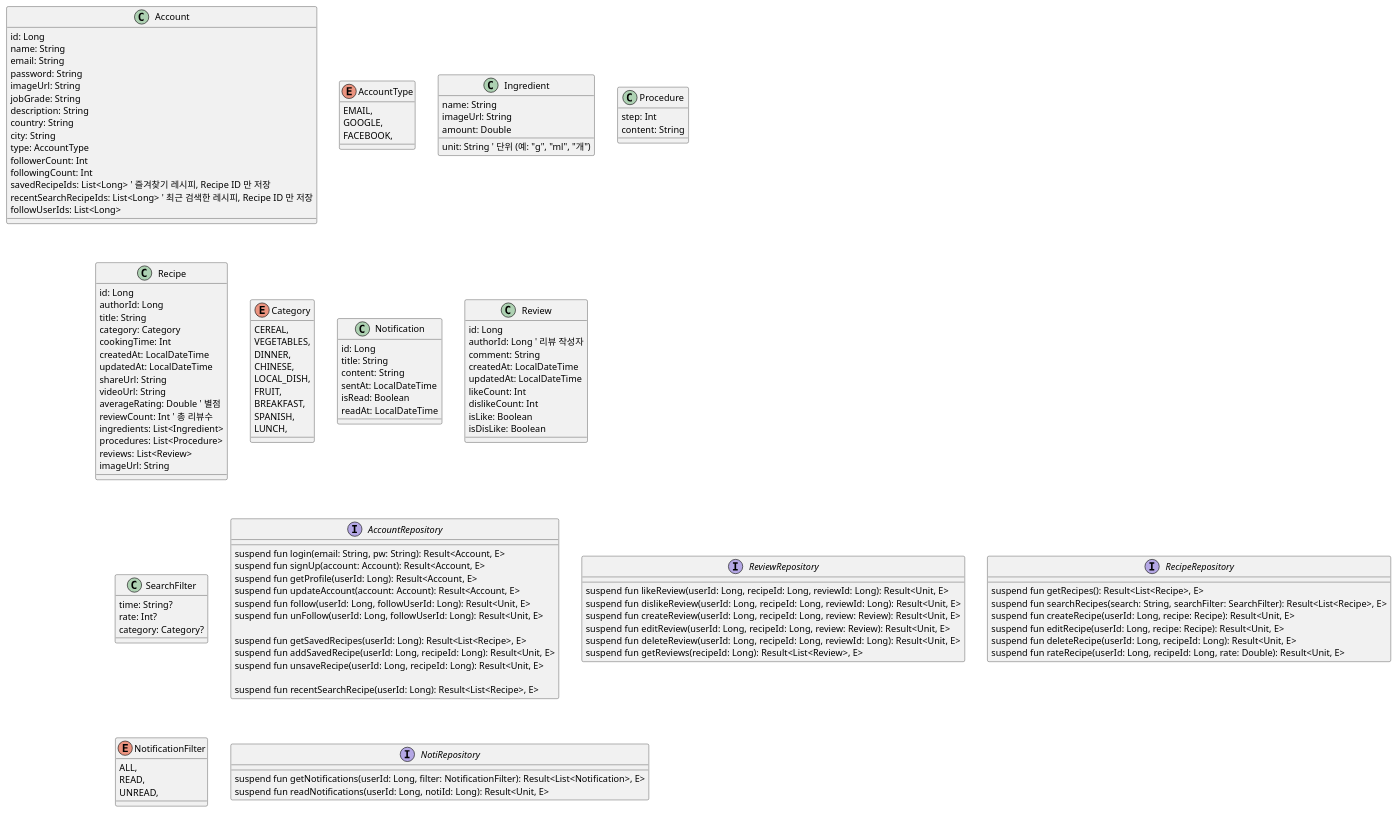
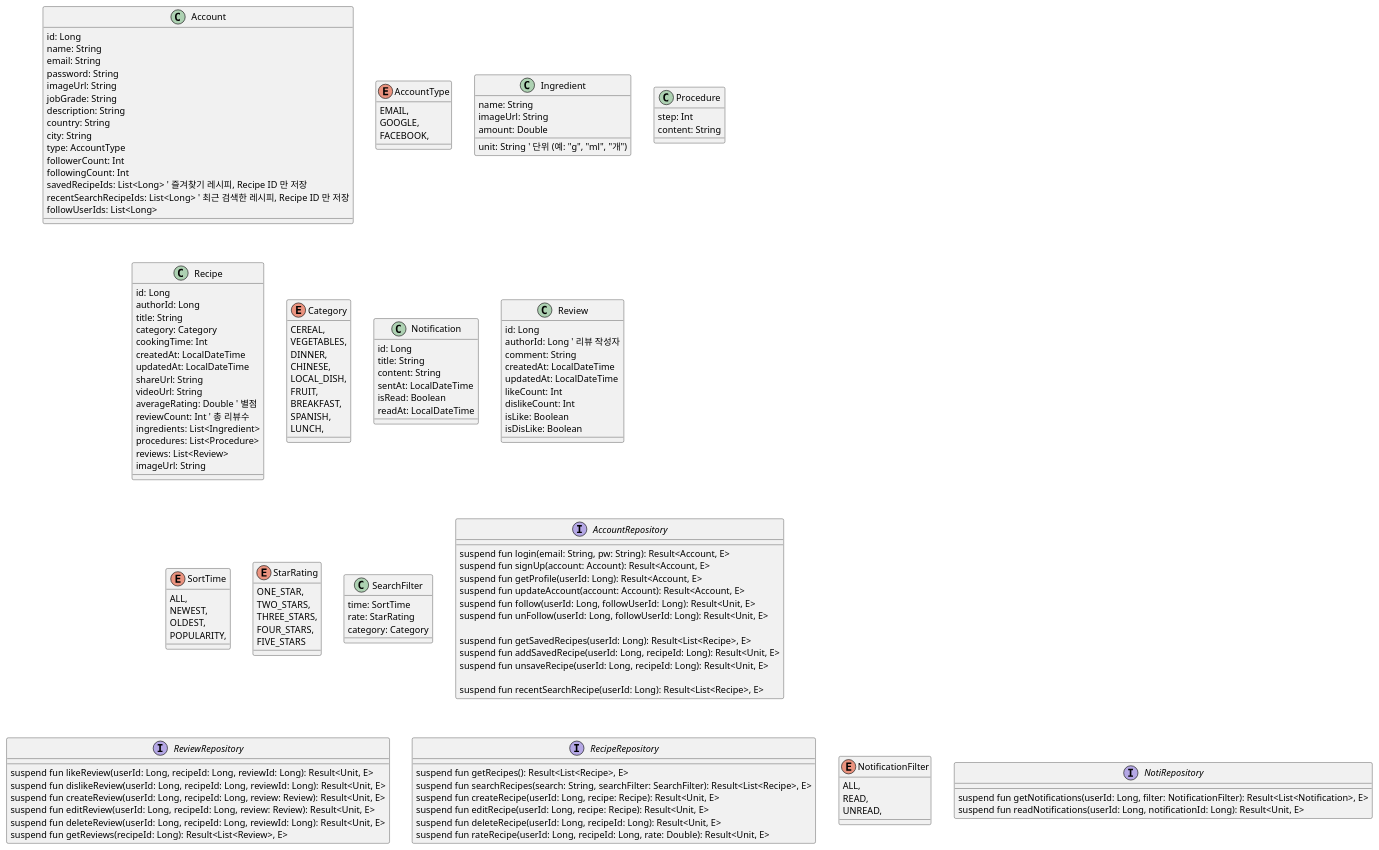
One commit to SurvivalCodingCampus/gangnam2_kotlin_study changed the diagram in src/main/kotlin/com/ezlevup/my/foodrecipe/FoodRecipe1.puml. Above: the diagram before and after it, drawn with PlantUML. The commit also changed 1 other file, not shown here.

Commit message:
feat: SortTime enum 추가.

```diff
--- a/src/main/kotlin/com/ezlevup/my/foodrecipe/FoodRecipe1.puml
+++ b/src/main/kotlin/com/ezlevup/my/foodrecipe/FoodRecipe1.puml
@@ -1,151 +1,165 @@
 @startuml
 ' Food Recipe class-diagram
 
 class Account {
     id: Long
     name: String
     email: String
     password: String
     imageUrl: String
     jobGrade: String
     description: String
     country: String
     city: String
     type: AccountType
     followerCount: Int
     followingCount: Int
     savedRecipeIds: List<Long> ' 즐겨찾기 레시피, Recipe ID 만 저장
     recentSearchRecipeIds: List<Long> ' 최근 검색한 레시피, Recipe ID 만 저장
     followUserIds: List<Long>
 }
 
 enum AccountType {
     EMAIL,
     GOOGLE,
     FACEBOOK,
 }
 
 ' 재료
 class Ingredient {
     name: String
     imageUrl: String
     amount: Double
     unit: String ' 단위 (예: "g", "ml", "개")
 }
 
 ' 조리 순서
 class Procedure {
     step: Int
     content: String
 }
 
 class Recipe {
     id: Long
     authorId: Long
     title: String
     category: Category
     cookingTime: Int
     createdAt: LocalDateTime
     updatedAt: LocalDateTime
     shareUrl: String
     videoUrl: String
     averageRating: Double ' 별점
     reviewCount: Int ' 총 리뷰수
     ingredients: List<Ingredient>
     procedures: List<Procedure>
     reviews: List<Review>
     imageUrl: String
 }
 
 enum Category {
     CEREAL,
     VEGETABLES,
     DINNER,
     CHINESE,
     LOCAL_DISH,
     FRUIT,
     BREAKFAST,
     SPANISH,
     LUNCH,
 }
 
 
 class Notification {
     id: Long
     title: String
     content: String
     sentAt: LocalDateTime
     isRead: Boolean
     readAt: LocalDateTime
 }
 
 class Review {
     id: Long
     authorId: Long ' 리뷰 작성자
     comment: String
     createdAt: LocalDateTime
     updatedAt: LocalDateTime
     likeCount: Int
     dislikeCount: Int
     isLike: Boolean
     isDisLike: Boolean
 }
 
-class SearchFilter {
-    time: String?
-    rate: Int?
-    category: Category?
+enum SortTime {
+    ALL,
+    NEWEST,
+    OLDEST,
+    POPULARITY,
 }
 
+enum StarRating {
+    ONE_STAR,
+    TWO_STARS,
+    THREE_STARS,
+    FOUR_STARS,
+    FIVE_STARS
+}
+
+class SearchFilter {
+    time: SortTime
+    rate: StarRating
+    category: Category
+}
 
 interface AccountRepository {
     suspend fun login(email: String, pw: String): Result<Account, E>
     suspend fun signUp(account: Account): Result<Account, E>
     suspend fun getProfile(userId: Long): Result<Account, E>
     suspend fun updateAccount(account: Account): Result<Account, E>
     suspend fun follow(userId: Long, followUserId: Long): Result<Unit, E>
     suspend fun unFollow(userId: Long, followUserId: Long): Result<Unit, E>
 
     ' 즐겨 찾기한 레시피
     suspend fun getSavedRecipes(userId: Long): Result<List<Recipe>, E>
     suspend fun addSavedRecipe(userId: Long, recipeId: Long): Result<Unit, E>
     suspend fun unsaveRecipe(userId: Long, recipeId: Long): Result<Unit, E>
 
     ' 최근 검색 레시피
     suspend fun recentSearchRecipe(userId: Long): Result<List<Recipe>, E>
 }
 
 interface ReviewRepository {
     suspend fun likeReview(userId: Long, recipeId: Long, reviewId: Long): Result<Unit, E>
     suspend fun dislikeReview(userId: Long, recipeId: Long, reviewId: Long): Result<Unit, E>
     suspend fun createReview(userId: Long, recipeId: Long, review: Review): Result<Unit, E>
     suspend fun editReview(userId: Long, recipeId: Long, review: Review): Result<Unit, E>
     suspend fun deleteReview(userId: Long, recipeId: Long, reviewId: Long): Result<Unit, E>
     suspend fun getReviews(recipeId: Long): Result<List<Review>, E>
 }
 
 interface RecipeRepository {
     suspend fun getRecipes(): Result<List<Recipe>, E>
     suspend fun searchRecipes(search: String, searchFilter: SearchFilter): Result<List<Recipe>, E>
     suspend fun createRecipe(userId: Long, recipe: Recipe): Result<Unit, E>
     suspend fun editRecipe(userId: Long, recipe: Recipe): Result<Unit, E>
     suspend fun deleteRecipe(userId: Long, recipeId: Long): Result<Unit, E>
     suspend fun rateRecipe(userId: Long, recipeId: Long, rate: Double): Result<Unit, E>
 }
 
 enum NotificationFilter {
     ALL,
     READ,
     UNREAD,
 }
 
 interface NotiRepository {
     suspend fun getNotifications(userId: Long, filter: NotificationFilter): Result<List<Notification>, E>
-    suspend fun readNotifications(userId: Long, notiId: Long): Result<Unit, E>
+    suspend fun readNotifications(userId: Long, notificationId: Long): Result<Unit, E>
 }
 
 
 ' 관계 정의
 
 
 @enduml
```
